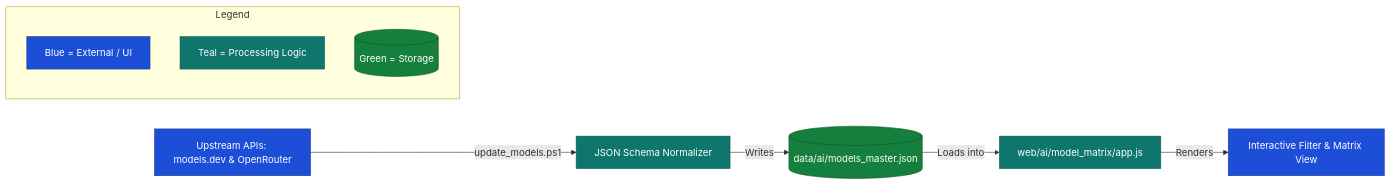
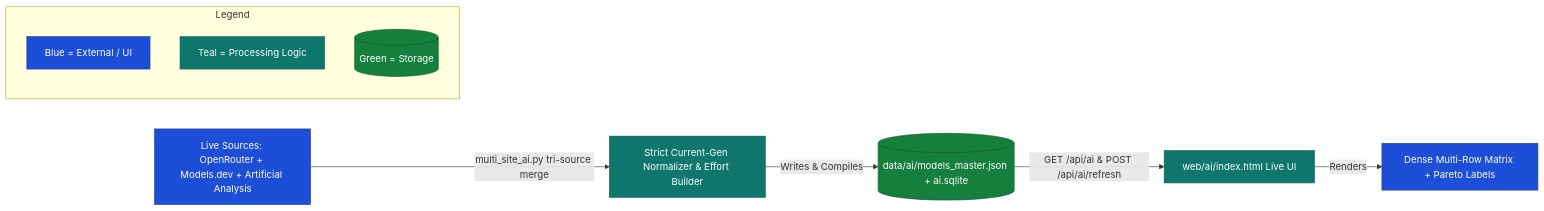
One commit to Mostakim2005/database-manager changed the second of 12 diagrams in docs/ARCHITECTURE.md. Above: the diagram before and after it, drawn with Mermaid. The commit also changed other lines of this file and 21 other files, not shown here.

Commit message:
feat(ai): live tri-source AI sync, clean UTF-8 dense UI, and Pareto labels

````diff
--- a/docs/ARCHITECTURE.md
+++ b/docs/ARCHITECTURE.md
@@ -93,18 +93,18 @@
 ```mermaid
 flowchart LR
     %% Color Definitions
     classDef startNode fill:#1d4ed8,stroke:#1e3a8a,color:#ffffff
     classDef processNode fill:#0f766e,stroke:#115e59,color:#ffffff
     classDef dataNode fill:#15803d,stroke:#14532d,color:#ffffff
 
-    A1[Upstream APIs: models.dev & OpenRouter]:::startNode -->|update_models.ps1| A2[JSON Schema Normalizer]:::processNode
-    A2 -->|Writes| A3[(data/ai/models_master.json)]:::dataNode
-    A3 -->|Loads into| A4[web/ai/model_matrix/app.js]:::processNode
-    A4 -->|Renders| A5[Interactive Filter & Matrix View]:::startNode
+    A1[Live Sources: OpenRouter + Models.dev + Artificial Analysis]:::startNode -->|multi_site_ai.py tri-source merge| A2[Strict Current-Gen Normalizer & Effort Builder]:::processNode
+    A2 -->|Writes & Compiles| A3[(data/ai/models_master.json + ai.sqlite)]:::dataNode
+    A3 -->|GET /api/ai & POST /api/ai/refresh| A4[web/ai/index.html Live UI]:::processNode
+    A4 -->|Renders| A5[Dense Multi-Row Matrix + Pareto Labels]:::startNode
 
     subgraph Legend["Legend"]
         L1[Blue = External / UI]:::startNode
         L2[Teal = Processing Logic]:::processNode
         L3[(Green = Storage)]:::dataNode
     end
 ```
````
